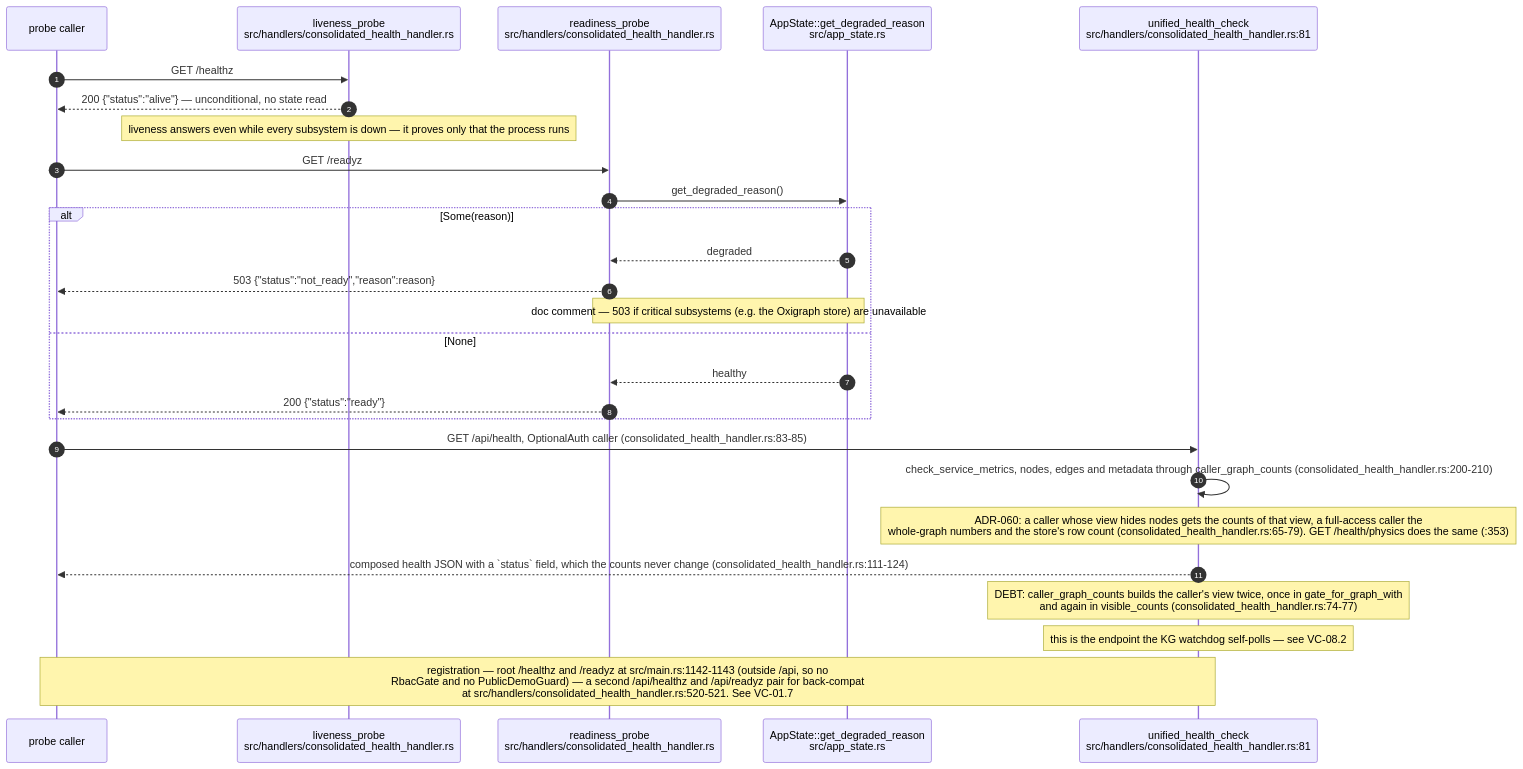
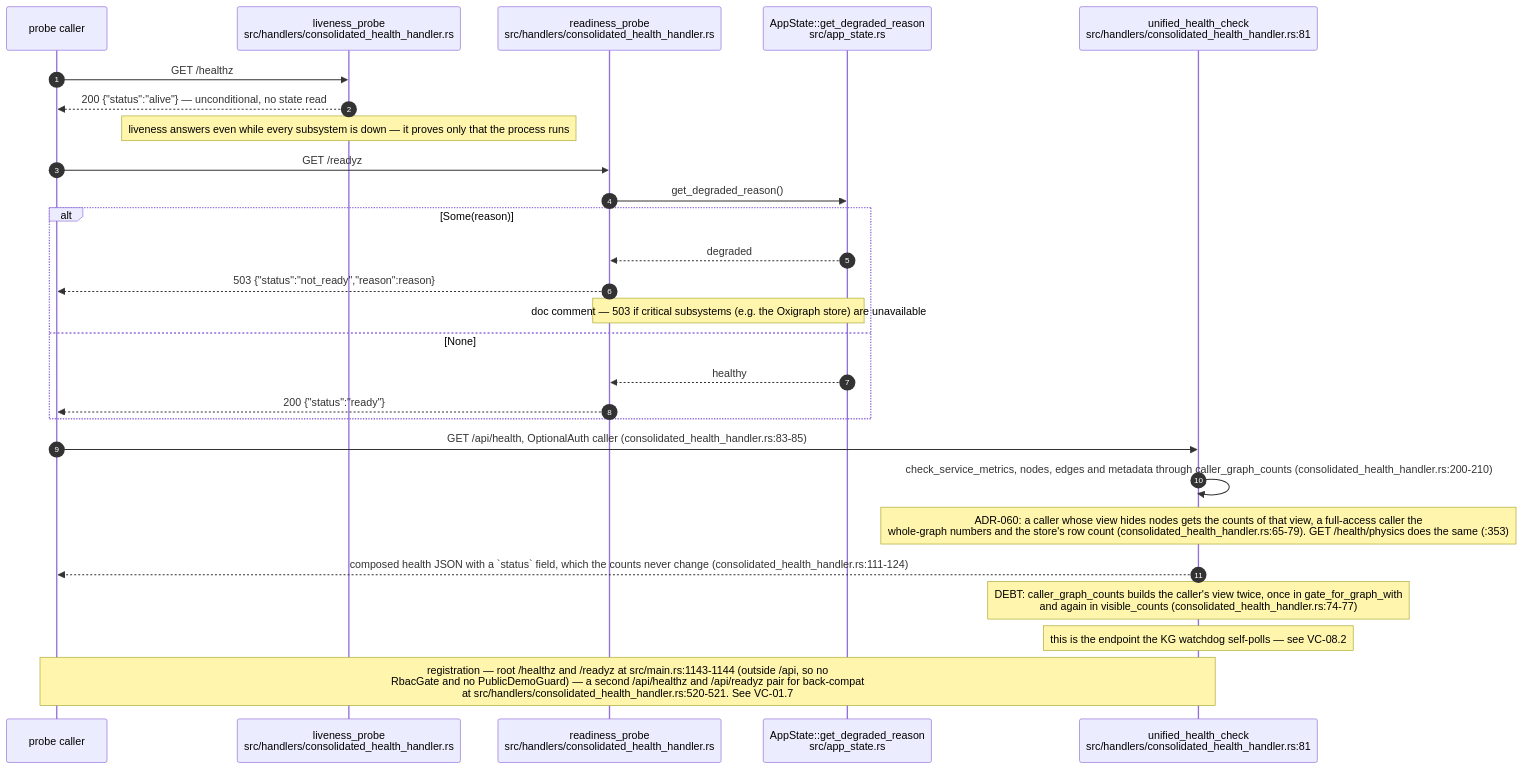
Before and after one commit to DreamLab-AI/VisionFlow: the first of 9 diagrams in docs/diagrams/visionclaw/08-observability-health-and-dev-loop.md, drawn with Mermaid. The commit also changed other lines of this file and 154 other files, not shown here.

First line of the commit message:
docs(diagrams): re-stamp 154 topics whose every citation still reads the same text at the current heads

````diff
--- a/docs/diagrams/visionclaw/08-observability-health-and-dev-loop.md
+++ b/docs/diagrams/visionclaw/08-observability-health-and-dev-loop.md
@@ -47,30 +47,30 @@
 ```mermaid
 sequenceDiagram
     autonumber
     participant K as probe caller
     participant L as liveness_probe<br/>src/handlers/consolidated_health_handler.rs
     participant R as readiness_probe<br/>src/handlers/consolidated_health_handler.rs
     participant AS as AppState::get_degraded_reason<br/>src/app_state.rs
     participant U as unified_health_check<br/>src/handlers/consolidated_health_handler.rs:81
 
     K->>L: GET /healthz
     L-->>K: 200 {"status":"alive"} — unconditional, no state read
     Note over L: liveness answers even while every subsystem is down — it proves only that the process runs
     K->>R: GET /readyz
     R->>AS: get_degraded_reason()
     alt Some(reason)
         AS-->>R: degraded
         R-->>K: 503 {"status":"not_ready","reason":reason}
         Note over R,AS: doc comment — 503 if critical subsystems (e.g. the Oxigraph store) are unavailable
     else None
         AS-->>R: healthy
         R-->>K: 200 {"status":"ready"}
     end
     K->>U: GET /api/health, OptionalAuth caller (consolidated_health_handler.rs:83-85)
     U->>U: check_service_metrics, nodes, edges and metadata through caller_graph_counts (consolidated_health_handler.rs:200-210)
     Note over U: ADR-060: a caller whose view hides nodes gets the counts of that view, a full-access caller the<br/>whole-graph numbers and the store's row count (consolidated_health_handler.rs:65-79). GET /health/physics does the same (:353)
     U-->>K: composed health JSON with a `status` field, which the counts never change (consolidated_health_handler.rs:111-124)
     Note over U: DEBT: caller_graph_counts builds the caller's view twice, once in gate_for_graph_with<br/>and again in visible_counts (consolidated_health_handler.rs:74-77)
     Note over U: this is the endpoint the KG watchdog self-polls — see VC-08.2
-    Note over K,U: registration — root /healthz and /readyz at src/main.rs:1142-1143 (outside /api, so no<br/>RbacGate and no PublicDemoGuard) — a second /api/healthz and /api/readyz pair for back-compat<br/>at src/handlers/consolidated_health_handler.rs:520-521. See VC-01.7
+    Note over K,U: registration — root /healthz and /readyz at src/main.rs:1143-1144 (outside /api, so no<br/>RbacGate and no PublicDemoGuard) — a second /api/healthz and /api/readyz pair for back-compat<br/>at src/handlers/consolidated_health_handler.rs:520-521. See VC-01.7
 ```
````
